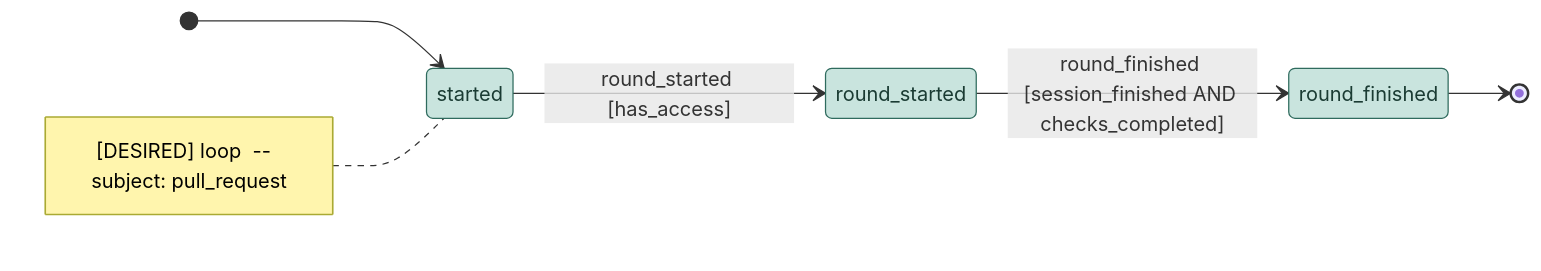
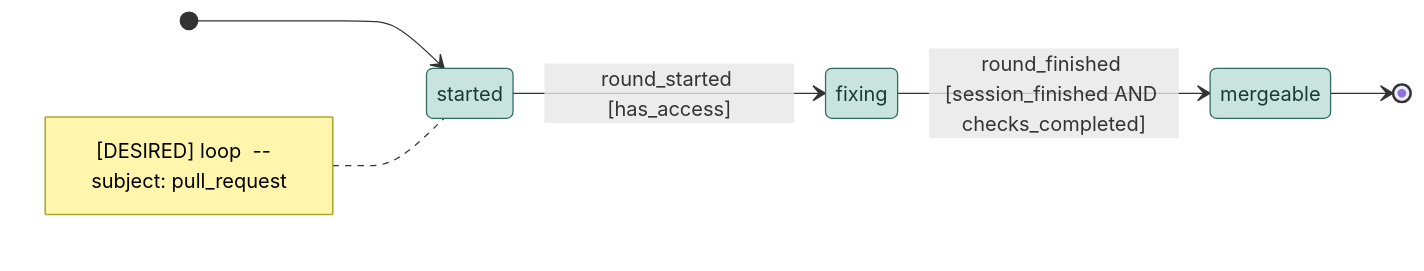
One commit to kostiantyn-matsebora/agent-ops-operator changed the diagram in .github/conveyor-model/mermaid/desired/loop.mmd. Above: the diagram before and after it, drawn with Mermaid. The commit also changed 1 other file, not shown here.

Commit message:
fix(conveyor): loop drops the artificial round_finished state
round_finished was an intermediate step with no real purpose of its own.
Renamed round_started -> fixing and round_finished -> mergeable, keeping
the real triggers (round_started, round_finished) and guards (has_access,
session_finished AND checks_completed) unchanged -- only the destination
state names simplified: started -> fixing -> mergeable.

```diff
--- a/.github/conveyor-model/mermaid/desired/loop.mmd
+++ b/.github/conveyor-model/mermaid/desired/loop.mmd
@@ -1,15 +1,15 @@
 stateDiagram-v2
     direction LR
     [*] --> started
     note left of started
         [DESIRED] loop  --  subject: pull_request
     end note
     classDef stationState fill:#e8d5b5,stroke:#8a6d3b,color:#4a3b1f
     classDef loopState fill:#c9e4de,stroke:#2f6b5e,color:#1a3b33
     state started
-    state round_started
-    state round_finished
-    started --> round_started : round_started [has_access]
-    round_started --> round_finished : round_finished [session_finished AND checks_completed]
-    round_finished --> [*]
-    class started, round_started, round_finished loopState
+    state fixing
+    state mergeable
+    started --> fixing : round_started [has_access]
+    fixing --> mergeable : round_finished [session_finished AND checks_completed]
+    mergeable --> [*]
+    class started, fixing, mergeable loopState
```
